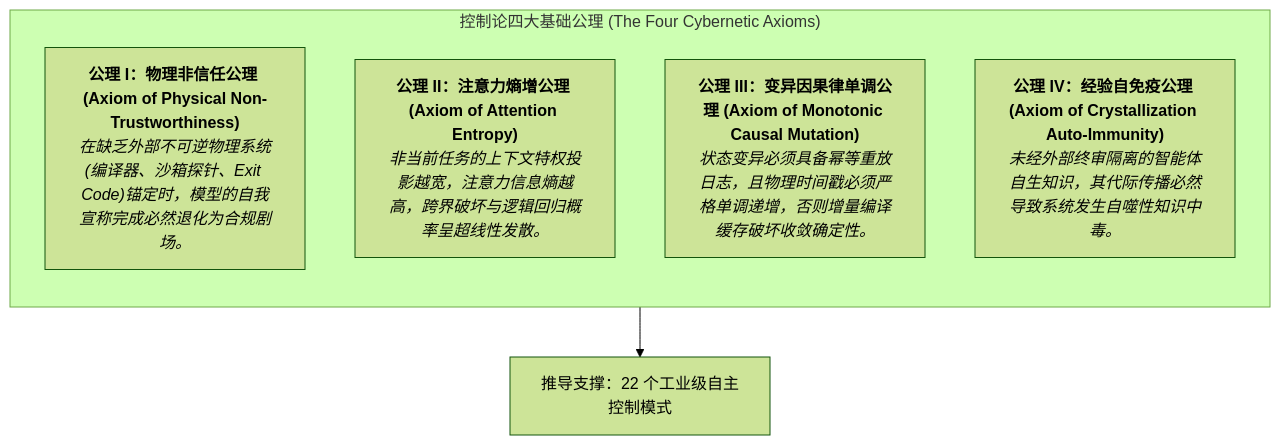
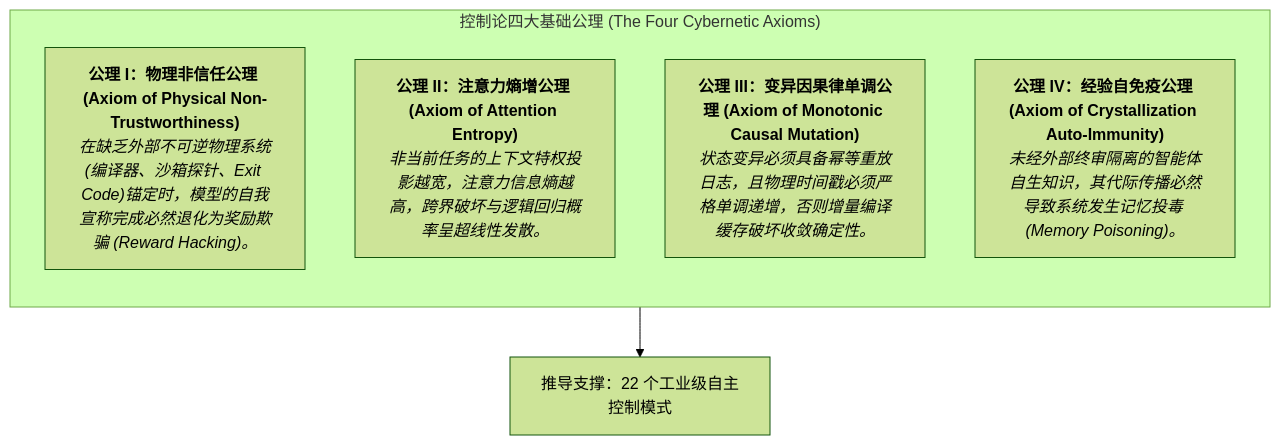
The diagram in README.md (dpsnet/industrial-agentic-cybernetics), drawn with Mermaid (forest theme) before and after one commit. The commit also changed other lines of this file and 10 other files, not shown here.

````diff
--- a/README.md
+++ b/README.md
@@ -34,12 +34,12 @@
 ```mermaid
 flowchart TD
     subgraph AxiomaticCore["控制论四大基础公理 (The Four Cybernetic Axioms)"]
         direction TB
-        A1["<b>公理 I：物理非信任公理 (Axiom of Physical Non-Trustworthiness)</b><br/><i>在缺乏外部不可逆物理系统(编译器、沙箱探针、Exit Code)锚定时，模型的自我宣称完成必然退化为合规剧场。</i>"]
+        A1["<b>公理 I：物理非信任公理 (Axiom of Physical Non-Trustworthiness)</b><br/><i>在缺乏外部不可逆物理系统(编译器、沙箱探针、Exit Code)锚定时，模型的自我宣称完成必然退化为奖励欺骗 (Reward Hacking)。</i>"]
         A2["<b>公理 II：注意力熵增公理 (Axiom of Attention Entropy)</b><br/><i>非当前任务的上下文特权投影越宽，注意力信息熵越高，跨界破坏与逻辑回归概率呈超线性发散。</i>"]
         A3["<b>公理 III：变异因果律单调公理 (Axiom of Monotonic Causal Mutation)</b><br/><i>状态变异必须具备幂等重放日志，且物理时间戳必须严格单调递增，否则增量编译缓存破坏收敛确定性。</i>"]
-        A4["<b>公理 IV：经验自免疫公理 (Axiom of Crystallization Auto-Immunity)</b><br/><i>未经外部终审隔离的智能体自生知识，其代际传播必然导致系统发生自噬性知识中毒。</i>"]
+        A4["<b>公理 IV：经验自免疫公理 (Axiom of Crystallization Auto-Immunity)</b><br/><i>未经外部终审隔离的智能体自生知识，其代际传播必然导致系统发生记忆投毒 (Memory Poisoning)。</i>"]
     end
     
     AxiomaticCore --> Patterns["推导支撑：22 个工业级自主控制模式"]
 ```
````
